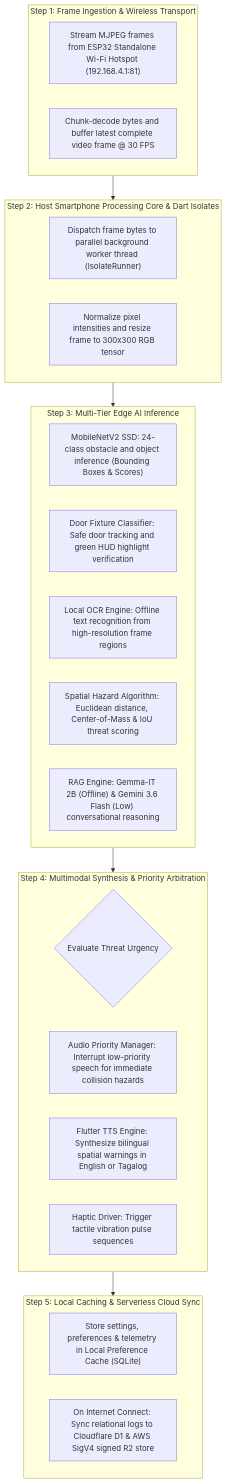
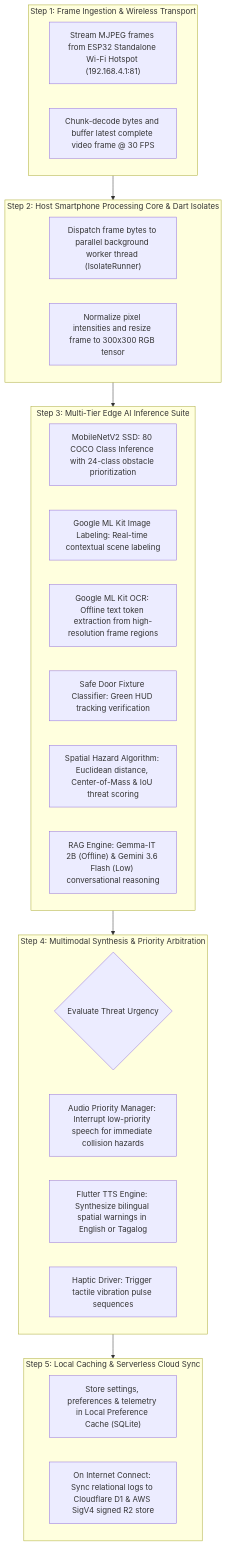
One commit to Thes-IS-IT/Easylens changed the third of 4 diagrams in docs/architecture/conceptual_framework.md. Above: the diagram before and after it, drawn with Mermaid. The commit also changed other lines of this file, not shown here.

Commit message:
docs: add Google ML Kit Image Labeling and 80 COCO classes for MobileNetV2 SSD in conceptual framework process stage

````diff
--- a/docs/architecture/conceptual_framework.md
+++ b/docs/architecture/conceptual_framework.md
@@ -112,34 +113,35 @@
 ```mermaid
 flowchart TD
     subgraph Step1 ["Step 1: Frame Ingestion & Wireless Transport"]
         P1A["Stream MJPEG frames from ESP32 Standalone Wi-Fi Hotspot (192.168.4.1:81)"]
         P1B["Chunk-decode bytes and buffer latest complete video frame @ 30 FPS"]
     end
 
     subgraph Step2 ["Step 2: Host Smartphone Processing Core & Dart Isolates"]
         P2A["Dispatch frame bytes to parallel background worker thread (IsolateRunner)"]
         P2B["Normalize pixel intensities and resize frame to 300x300 RGB tensor"]
     end
 
-    subgraph Step3 ["Step 3: Multi-Tier Edge AI Inference"]
-        P3A["MobileNetV2 SSD: 24-class obstacle and object inference (Bounding Boxes & Scores)"]
-        P3B["Door Fixture Classifier: Safe door tracking and green HUD highlight verification"]
-        P3C["Local OCR Engine: Offline text recognition from high-resolution frame regions"]
-        P3D["Spatial Hazard Algorithm: Euclidean distance, Center-of-Mass & IoU threat scoring"]
-        P3E["RAG Engine: Gemma-IT 2B (Offline) & Gemini 3.6 Flash (Low) conversational reasoning"]
+    subgraph Step3 ["Step 3: Multi-Tier Edge AI Inference Suite"]
+        P3A["MobileNetV2 SSD: 80 COCO Class Inference with 24-class obstacle prioritization"]
+        P3B["Google ML Kit Image Labeling: Real-time contextual scene labeling"]
+        P3C["Google ML Kit OCR: Offline text token extraction from high-resolution frame regions"]
+        P3D["Safe Door Fixture Classifier: Green HUD tracking verification"]
+        P3E["Spatial Hazard Algorithm: Euclidean distance, Center-of-Mass & IoU threat scoring"]
+        P3F["RAG Engine: Gemma-IT 2B (Offline) & Gemini 3.6 Flash (Low) conversational reasoning"]
     end
 
     subgraph Step4 ["Step 4: Multimodal Synthesis & Priority Arbitration"]
         P4A{"Evaluate Threat Urgency"}
         P4B["Audio Priority Manager: Interrupt low-priority speech for immediate collision hazards"]
         P4C["Flutter TTS Engine: Synthesize bilingual spatial warnings in English or Tagalog"]
         P4D["Haptic Driver: Trigger tactile vibration pulse sequences"]
     end
 
     subgraph Step5 ["Step 5: Local Caching & Serverless Cloud Sync"]
         P5A["Store settings, preferences & telemetry in Local Preference Cache (SQLite)"]
         P5B["On Internet Connect: Sync relational logs to Cloudflare D1 & AWS SigV4 signed R2 store"]
     end
 
     Step1 --> Step2 --> Step3 --> Step4 --> Step5
 ```
````
